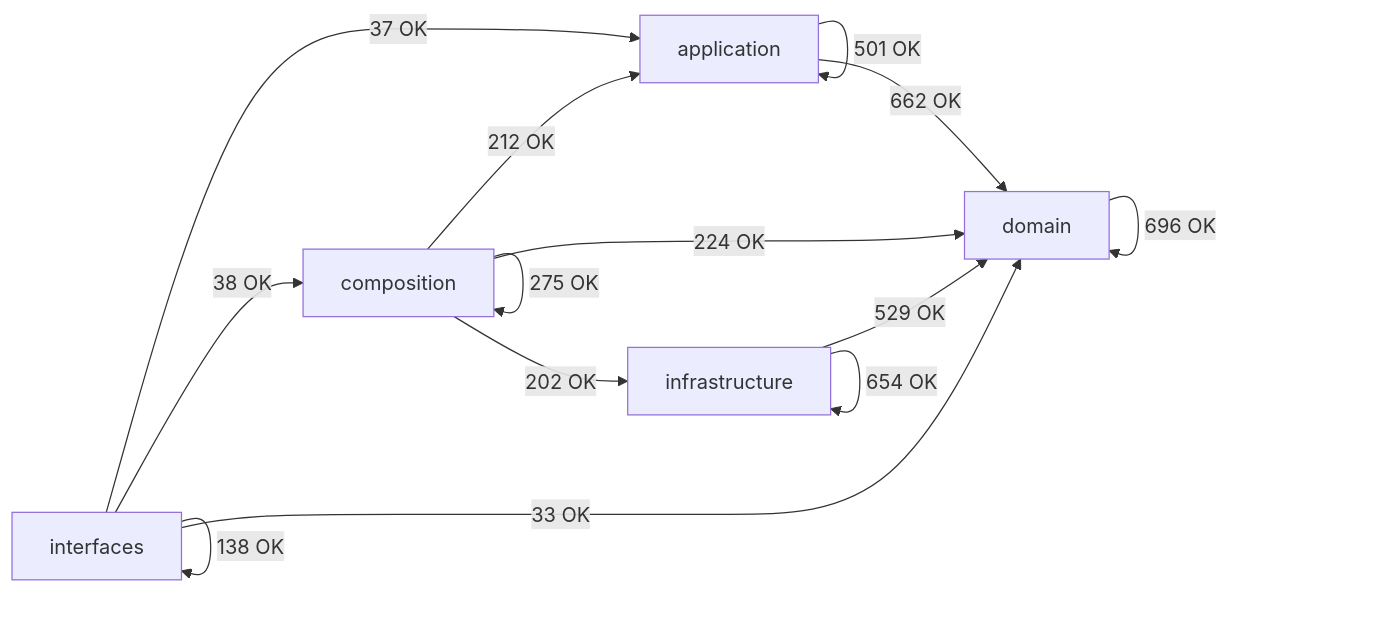
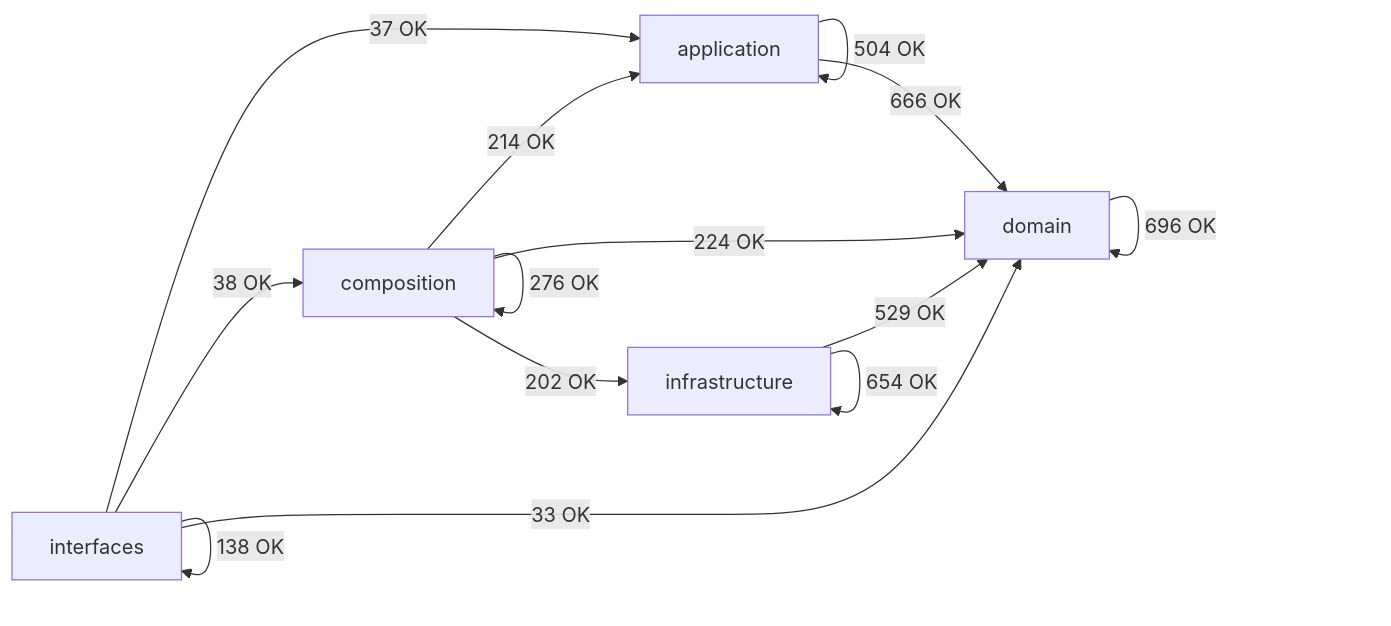
One commit to SatoryKono/BioactivityDataAcquisition changed the diagram in docs/02-architecture/generated/module-dependency-map.md. Above: the diagram before and after it, drawn with Mermaid. The commit also changed other lines of this file and 48 other files, not shown here.

````diff
--- a/docs/02-architecture/generated/module-dependency-map.md
+++ b/docs/02-architecture/generated/module-dependency-map.md
@@ -16,21 +16,21 @@
 ```mermaid
 flowchart LR
     domain[domain]
     application[application]
     infrastructure[infrastructure]
     composition[composition]
     interfaces[interfaces]
-    application -->|501 OK| application
-    application -->|662 OK| domain
-    composition -->|212 OK| application
-    composition -->|275 OK| composition
+    application -->|504 OK| application
+    application -->|666 OK| domain
+    composition -->|214 OK| application
+    composition -->|276 OK| composition
     composition -->|224 OK| domain
     composition -->|202 OK| infrastructure
     domain -->|696 OK| domain
     infrastructure -->|529 OK| domain
     infrastructure -->|654 OK| infrastructure
     interfaces -->|37 OK| application
     interfaces -->|38 OK| composition
     interfaces -->|33 OK| domain
     interfaces -->|138 OK| interfaces
 ```
````
